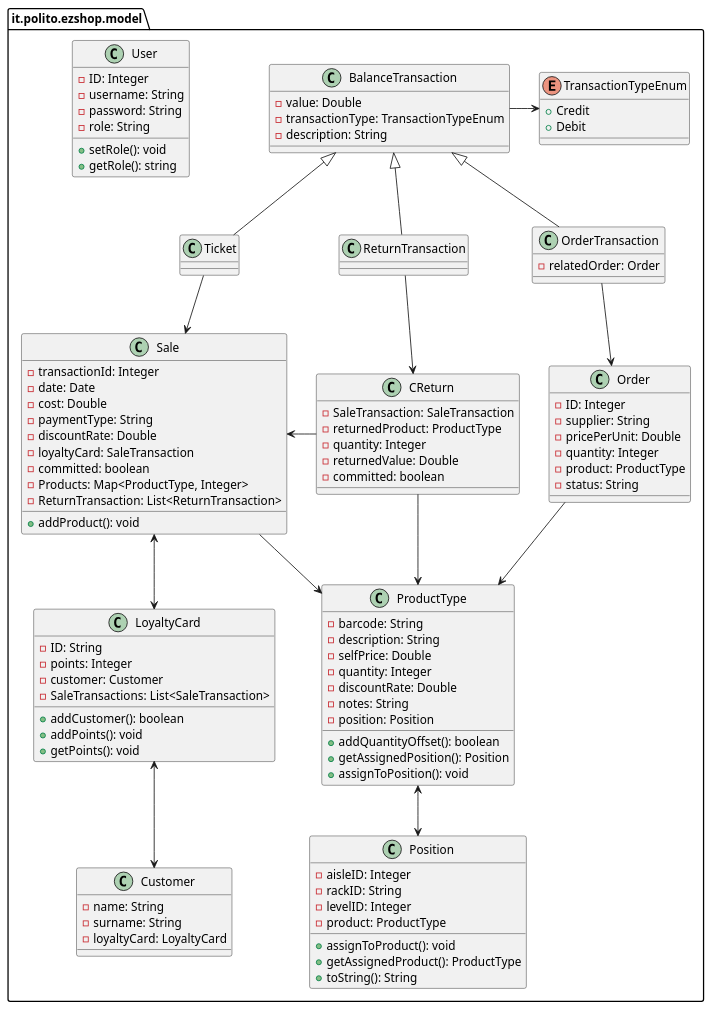
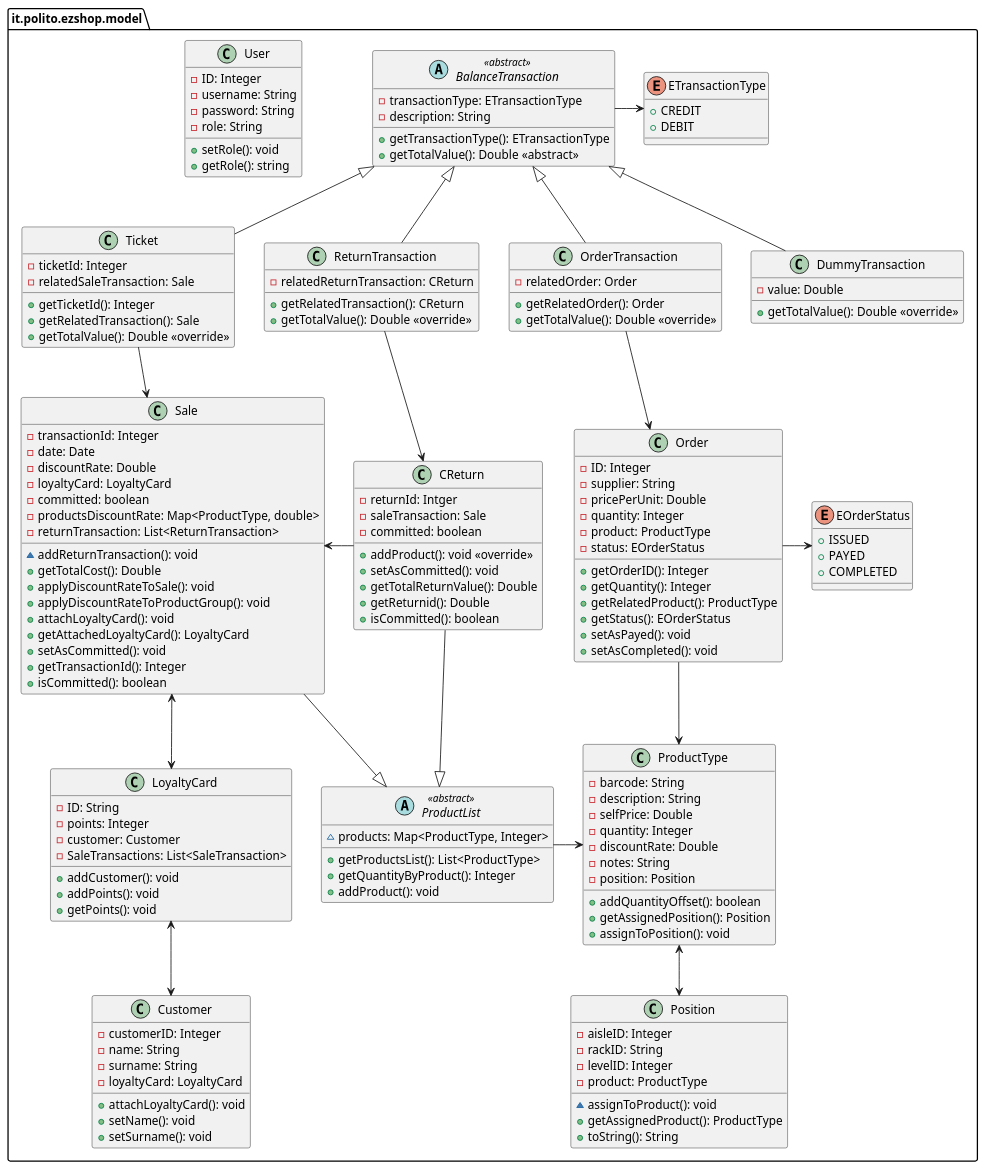
Before and after one commit to thegabriele97/EzShop: the third of 4 diagrams in Deliverables/DesignDocument.md, drawn with PlantUML.

Commit message:
docs: DesignDocument, updated class diagram - added methods and reorganization of few things

```diff
--- a/Deliverables/DesignDocument.md
+++ b/Deliverables/DesignDocument.md
@@ -191,7 +191,7 @@
         -discountRate: Double
         -notes: String
         -position: Position
-        {method} +addQuantityOffset(): boolean
+        +addQuantityOffset(): boolean
         +getAssignedPosition(): Position
         +assignToPosition(): void
     }
@@ -201,42 +201,72 @@
         -rackID: String
         -levelID: Integer
         -product: ProductType
-        {method} +assignToProduct(): void
+        ~assignToProduct(): void
         +getAssignedProduct(): ProductType
         +toString(): String
     }
 
     class Ticket {
+        -ticketId: Integer
+        -relatedSaleTransaction: Sale
+        +getTicketId(): Integer
+        +getRelatedTransaction(): Sale
+        +getTotalValue(): Double <<override>>
+    }
 
+    abstract ProductList <<abstract>> {
+        ~products: Map<ProductType, Integer>
+        +getProductsList(): List<ProductType>
+        +getQuantityByProduct(): Integer
+        +addProduct(): void
     }
 
     class Sale {
         -transactionId: Integer
         -date: Date
-        -cost: Double
-        -paymentType: String
         -discountRate: Double
-        -loyaltyCard: SaleTransaction
+        -loyaltyCard: LoyaltyCard
         -committed: boolean
-        -Products: Map<ProductType, Integer>
-        -ReturnTransaction: List<ReturnTransaction>
-        {method} +addProduct(): void
+        -productsDiscountRate: Map<ProductType, double>
+        -returnTransaction: List<ReturnTransaction>
+        ~addReturnTransaction(): void
+        +getTotalCost(): Double
+        +applyDiscountRateToSale(): void
+        +applyDiscountRateToProductGroup(): void
+        +attachLoyaltyCard(): void
+        +getAttachedLoyaltyCard(): LoyaltyCard
+        +setAsCommitted(): void
+        +getTransactionId(): Integer
+        +isCommitted(): boolean
     }
 
     class ReturnTransaction {
-
+        -relatedReturnTransaction: CReturn
+        +getRelatedTransaction(): CReturn
+        +getTotalValue(): Double <<override>>
     }
 
     class CReturn {
-        -SaleTransaction: SaleTransaction
-        -returnedProduct: ProductType
-        -quantity: Integer
-        -returnedValue: Double
+        -returnId: Intger
+        -saleTransaction: Sale
         -committed: boolean
+        +addProduct(): void <<override>>
+        +setAsCommitted(): void
+        +getTotalReturnValue(): Double
+        +getReturnid(): Double
+        +isCommitted(): boolean
     }
 
     class OrderTransaction {
         -relatedOrder: Order
+        +getRelatedOrder(): Order
+        +getTotalValue(): Double <<override>>
+    }
+
+    enum EOrderStatus {
+        +ISSUED
+        +PAYED
+        +COMPLETED
     }
 
     class Order {
@@ -245,24 +275,40 @@
         -pricePerUnit: Double
         -quantity: Integer
         -product: ProductType
-        -status: String 
+        -status: EOrderStatus 
+        +getOrderID(): Integer
+        +getQuantity(): Integer
+        +getRelatedProduct(): ProductType
+        +getStatus(): EOrderStatus
+        +setAsPayed(): void
+        +setAsCompleted(): void
     }
 
-    enum TransactionTypeEnum {
-        +Credit
-        +Debit
+    enum ETransactionType {
+        +CREDIT
+        +DEBIT
     }
 
-    class BalanceTransaction {
+    abstract BalanceTransaction <<abstract>> {
+        -transactionType: ETransactionType
+        -description: String
+        +getTransactionType(): ETransactionType
+        +getTotalValue(): Double <<abstract>>
+    }
+
+    class DummyTransaction {
         -value: Double
-        -transactionType: TransactionTypeEnum
-        -description: String
+        +getTotalValue(): Double <<override>>
     }
 
     class Customer {
+        -customerID: Integer
         -name: String
         -surname: String
-        - loyaltyCard: LoyaltyCard
+        -loyaltyCard: LoyaltyCard
+        +attachLoyaltyCard(): void
+        +setName(): void
+        +setSurname(): void
     }
 
     class LoyaltyCard {
@@ -270,15 +316,13 @@
         -points: Integer
         -customer: Customer
         -SaleTransactions: List<SaleTransaction>
-        {method} +addCustomer(): boolean
+        +addCustomer(): void
         +addPoints(): void
         +getPoints(): void
     }
 
 
     ProductType <--> Position
-    CReturn --> ProductType
-    Sale --> ProductType
     Sale <-right- CReturn
 
     LoyaltyCard <--> Customer
@@ -287,6 +331,7 @@
     BalanceTransaction <|-- Ticket
     BalanceTransaction <|-- ReturnTransaction
     BalanceTransaction <|-- OrderTransaction
+    BalanceTransaction <|-- DummyTransaction
 
     OrderTransaction --> Order
     Order --> ProductType
@@ -294,7 +339,12 @@
 
     CReturn <-up- ReturnTransaction 
 
-    BalanceTransaction -right-> TransactionTypeEnum
+    BalanceTransaction -right-> ETransactionType
+    Order -right-> EOrderStatus
+
+    ProductList <|-up- Sale
+    ProductList <|-up- CReturn
+    ProductList -right-> ProductType
 
 }
 
```
